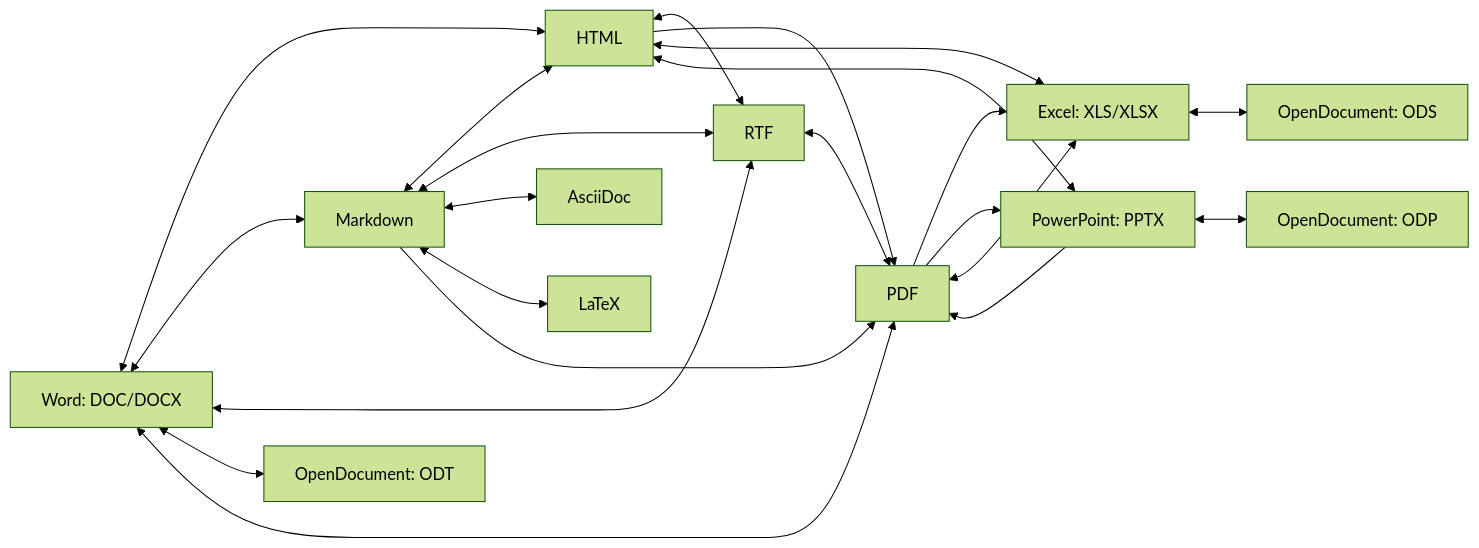
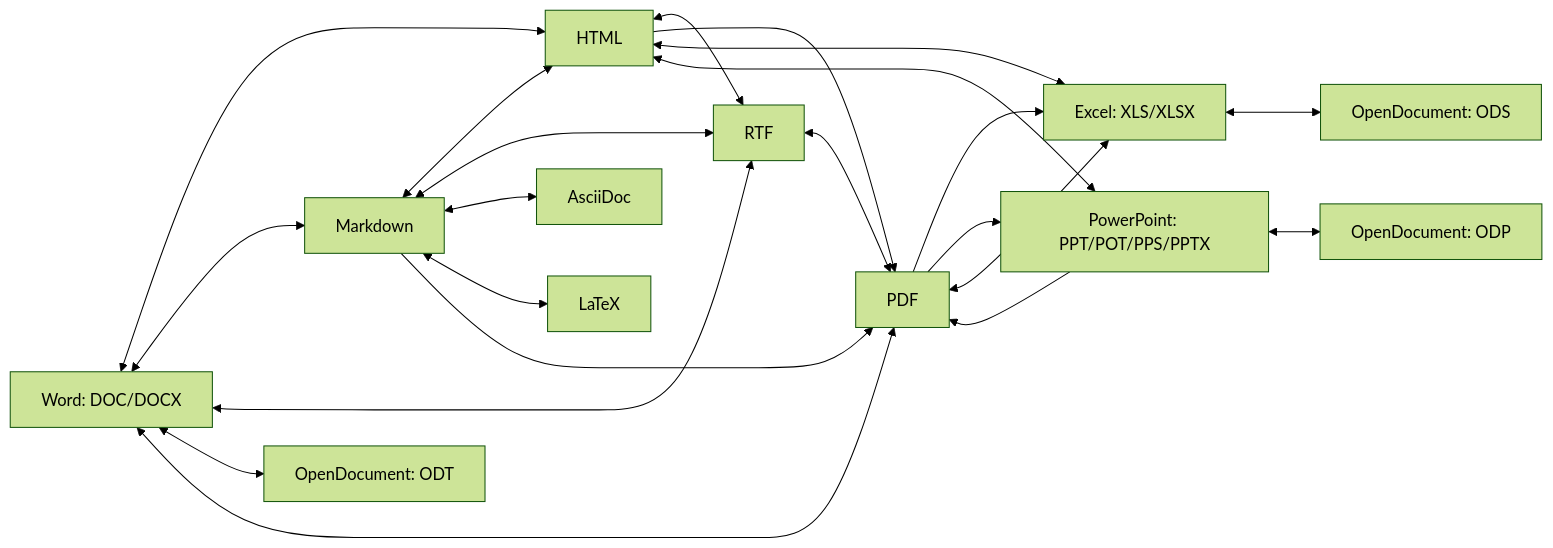
One commit to EvotecIT/OfficeIMO changed the diagram in README.md. Above: the diagram before and after it, drawn with Mermaid (forest theme). The commit also changed other lines of this file and 12 other files, not shown here.

Commit message:
Document binary PowerPoint parity

````diff
--- a/README.md
+++ b/README.md
@@ -709,24 +709,24 @@
 ```mermaid
 flowchart LR
     Word["Word: DOC/DOCX"] <--> HTML["HTML"]
     Word <--> Markdown["Markdown"]
     Word <--> RTF["RTF"]
     Word <--> ODT["OpenDocument: ODT"]
     Word <--> PDF["PDF"]
     Excel["Excel: XLS/XLSX"] <--> HTML
     Excel <--> ODS["OpenDocument: ODS"]
     Excel <--> PDF
-    PowerPoint["PowerPoint: PPTX"] <--> HTML
+    PowerPoint["PowerPoint: PPT/POT/PPS/PPTX"] <--> HTML
     PowerPoint <--> ODP["OpenDocument: ODP"]
     PowerPoint --> PDF
     Markdown <--> HTML
     Markdown <--> RTF
     Markdown <--> AsciiDoc["AsciiDoc"]
     Markdown <--> Latex["LaTeX"]
     Markdown --> PDF
     HTML <--> RTF
     HTML --> PDF
     RTF <--> PDF
     PDF --> Excel
     PDF --> PowerPoint
 ```
````
